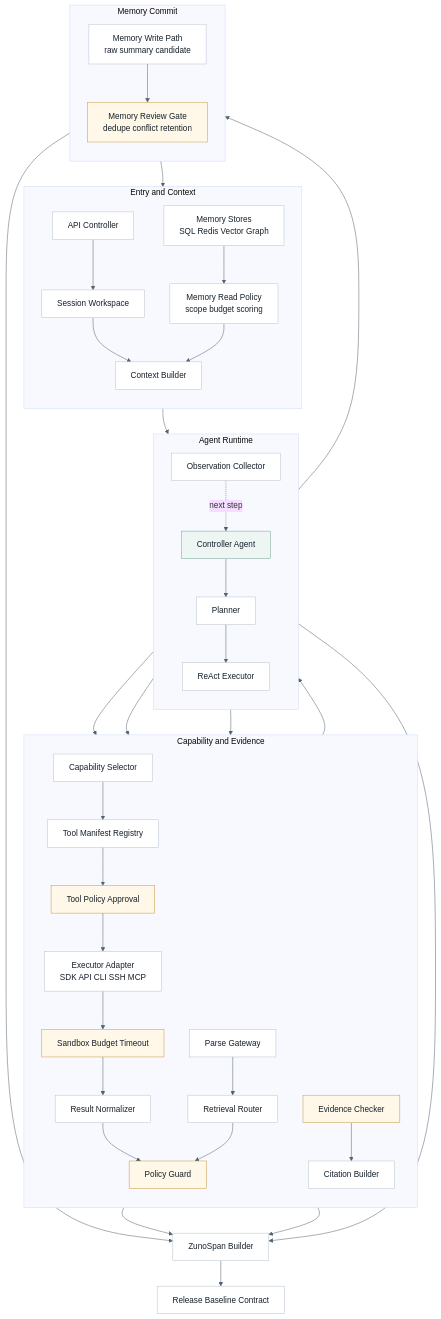
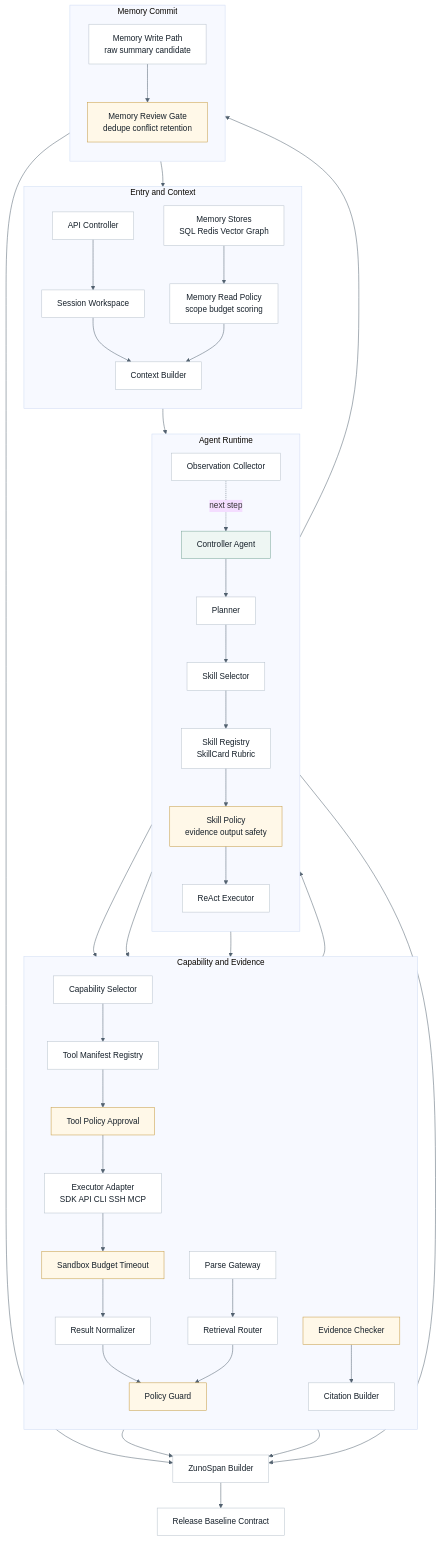
The seventh of 10 diagrams in .agent/architecture/architecture.md (ProfessorZhi/Zuno), drawn with Mermaid before and after one commit. The commit also changed other lines of this file and 12 other files, not shown here.

Commit message:
docs: define agent core capability architecture

````diff
--- a/.agent/architecture/architecture.md
+++ b/.agent/architecture/architecture.md
@@ -1637,65 +1760,68 @@
 ```mermaid
 %%{init: {"theme": "base", "themeVariables": {"background": "#f7f8fb", "lineColor": "#52616f"}}}%%
 flowchart TB
   classDef node fill:#ffffff,stroke:#b8c2cc,stroke-width:1px,color:#16202a;
   classDef accent fill:#eef6f3,stroke:#7aa59a,stroke-width:1px,color:#16202a;
   classDef warn fill:#fff8e8,stroke:#c59b43,stroke-width:1px,color:#16202a;
 
   API["API Controller"]
   SESSION["Session Workspace"]
   CONTEXT["Context Builder"]
   MEMREAD["Memory Read Policy<br/>scope budget scoring"]
   MEMSTORE["Memory Stores<br/>SQL Redis Vector Graph"]
   MEMWRITE["Memory Write Path<br/>raw summary candidate"]
   MEMREVIEW["Memory Review Gate<br/>dedupe conflict retention"]:::warn
   AGENT["Controller Agent"]:::accent
   PLANNER["Planner"]
+  SKILLSEL["Skill Selector"]
+  SKILLREG["Skill Registry<br/>SkillCard Rubric"]
+  SKILLPOL["Skill Policy<br/>evidence output safety"]:::warn
   REACT["ReAct Executor"]
   TOOLSEL["Capability Selector"]
   TOOLREG["Tool Manifest Registry"]
   TOOLPOL["Tool Policy Approval"]:::warn
   EXECAD["Executor Adapter<br/>SDK API CLI SSH MCP"]
   SANDBOX["Sandbox Budget Timeout"]:::warn
   NORMAL["Result Normalizer"]
   RETROUTER["Retrieval Router"]
   INGEST["Parse Gateway"]
   POLICY["Policy Guard"]:::warn
   OBS["Observation Collector"]
   EVID["Evidence Checker"]:::warn
   CIT["Citation Builder"]
   TRACE["ZunoSpan Builder"]
   BASELINE["Release Baseline Contract"]
 
   subgraph ENTRY["Entry and Context"]
     direction TB
     API --> SESSION --> CONTEXT
     MEMSTORE --> MEMREAD --> CONTEXT
   end
 
   subgraph RUNTIME["Agent Runtime"]
     direction TB
-    AGENT --> PLANNER --> REACT
+    AGENT --> PLANNER --> SKILLSEL --> SKILLREG --> SKILLPOL --> REACT
     OBS -. next step .-> AGENT
   end
 
   subgraph CAP["Capability and Evidence"]
     direction TB
     REACT --> TOOLSEL --> TOOLREG --> TOOLPOL --> EXECAD --> SANDBOX --> NORMAL --> POLICY
     REACT --> RETROUTER --> POLICY
     INGEST --> RETROUTER
     POLICY --> OBS --> EVID --> CIT
   end
 
   subgraph MEMORYC["Memory Commit"]
     direction TB
     OBS --> MEMWRITE --> MEMREVIEW --> MEMSTORE
   end
 
   CONTEXT --> AGENT
   CIT --> TRACE
   MEMREVIEW --> TRACE
   SANDBOX --> TRACE
   AGENT --> TRACE
   TRACE --> BASELINE
-  class API,SESSION,CONTEXT,MEMREAD,MEMSTORE,MEMWRITE,PLANNER,REACT,TOOLSEL,TOOLREG,EXECAD,NORMAL,RETROUTER,INGEST,OBS,CIT,TRACE,BASELINE node;
+  class API,SESSION,CONTEXT,MEMREAD,MEMSTORE,MEMWRITE,PLANNER,SKILLSEL,SKILLREG,REACT,TOOLSEL,TOOLREG,EXECAD,NORMAL,RETROUTER,INGEST,OBS,CIT,TRACE,BASELINE node;
 ```
````
